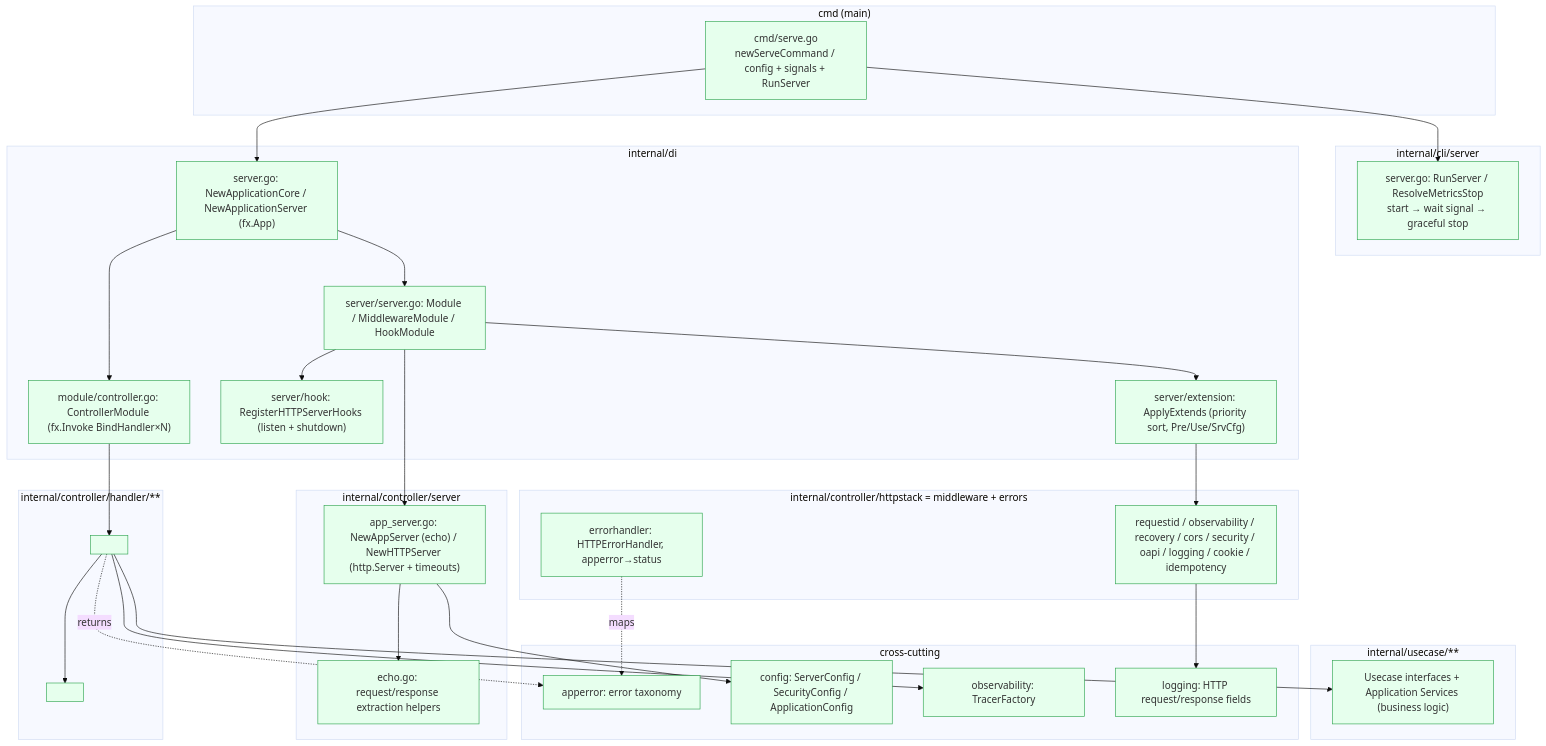
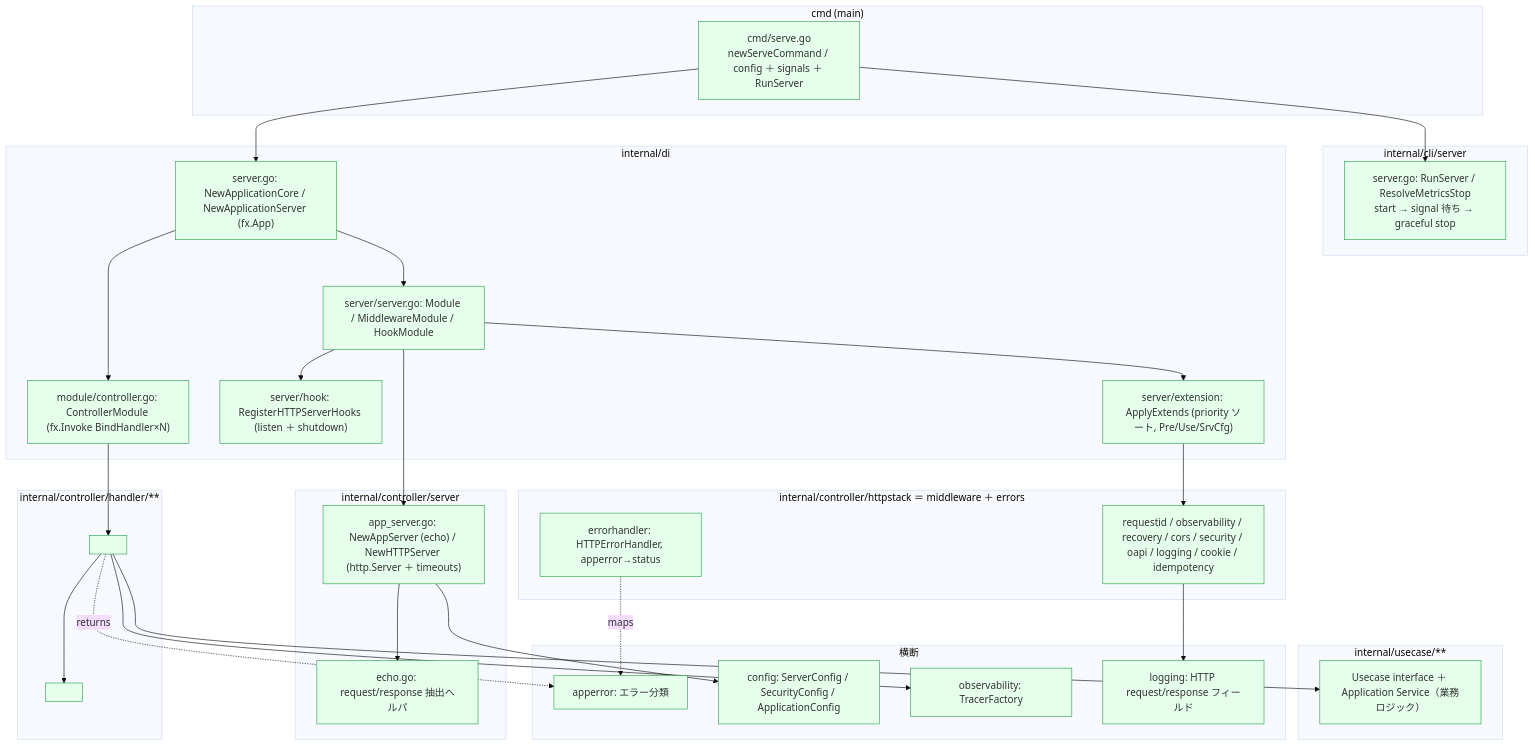
One commit to Tomy-ch/go-boilerplate changed the fourth of 6 diagrams in docs/design/rest.md. Above: the diagram before and after it, drawn with Mermaid (base theme). The commit also changed other lines of this file and 970 other files, not shown here.

````diff
--- a/docs/design/rest.md
+++ b/docs/design/rest.md
@@ -112,58 +112,58 @@
 ```mermaid
 flowchart TD
     subgraph cmdL["cmd (main)"]
-        CMD["cmd/serve.go<br/>newServeCommand / config + signals + RunServer"]
+        CMD["cmd/serve.go<br/>newServeCommand / config ＋ signals ＋ RunServer"]
     end
     subgraph cliL["internal/cli/server"]
-        CLI["server.go: RunServer / ResolveMetricsStop<br/>start → wait signal → graceful stop"]
+        CLI["server.go: RunServer / ResolveMetricsStop<br/>start → signal 待ち → graceful stop"]
     end
     subgraph diL["internal/di"]
         DIA["server.go: NewApplicationCore / NewApplicationServer (fx.App)"]
         DISRV["server/server.go: Module / MiddlewareModule / HookModule"]
-        DIEXT["server/extension: ApplyExtends (priority sort, Pre/Use/SrvCfg)"]
-        DIHOOK["server/hook: RegisterHTTPServerHooks (listen + shutdown)"]
+        DIEXT["server/extension: ApplyExtends (priority ソート, Pre/Use/SrvCfg)"]
+        DIHOOK["server/hook: RegisterHTTPServerHooks (listen ＋ shutdown)"]
         DICTRL["module/controller.go: ControllerModule (fx.Invoke BindHandler×N)"]
     end
     subgraph srvL["internal/controller/server"]
-        APPSRV["app_server.go: NewAppServer (echo) / NewHTTPServer (http.Server + timeouts)"]
-        ECHOH["echo.go: request/response extraction helpers"]
+        APPSRV["app_server.go: NewAppServer (echo) / NewHTTPServer (http.Server ＋ timeouts)"]
+        ECHOH["echo.go: request/response 抽出ヘルパ"]
     end
-    subgraph mwL["internal/controller/httpstack  = middleware + errors"]
+    subgraph mwL["internal/controller/httpstack  ＝ middleware ＋ errors"]
         MW["requestid / observability / recovery / cors / security / oapi / logging / cookie / idempotency"]
         EH["errorhandler: HTTPErrorHandler, apperror→status"]
     end
     subgraph hdlL["internal/controller/handler/**"]
-        HDL["<path>/*_handler.go: BindHandler + server{} + one method per operationId"]
-        GEN["<path>/gen: server.gen.go (ServerInterface, RegisterHandlers, NewStrictHandler) + type.gen.go"]
+        HDL["<path>/*_handler.go: BindHandler ＋ server{} ＋ operationId ごと 1 メソッド"]
+        GEN["<path>/gen: server.gen.go (ServerInterface, RegisterHandlers, NewStrictHandler) ＋ type.gen.go"]
     end
     subgraph ucL["internal/usecase/**"]
-        UC["Usecase interfaces + Application Services (business logic)"]
+        UC["Usecase interface ＋ Application Service（業務ロジック）"]
     end
-    subgraph crossL["cross-cutting"]
-        APPERR["apperror: error taxonomy"]
+    subgraph crossL["横断"]
+        APPERR["apperror: エラー分類"]
         CFG["config: ServerConfig / SecurityConfig / ApplicationConfig"]
         OTEL["observability: TracerFactory"]
-        LOG["logging: HTTP request/response fields"]
+        LOG["logging: HTTP request/response フィールド"]
     end
 
     CMD --> CLI
     CMD --> DIA
     DIA --> DISRV
     DISRV --> DIEXT
     DISRV --> DIHOOK
     DISRV --> APPSRV
     DIA --> DICTRL
     DICTRL --> HDL
     HDL --> GEN
     HDL --> UC
     DIEXT --> MW
     APPSRV --> ECHOH
     EH -.maps.-> APPERR
     HDL -.returns.-> APPERR
     APPSRV --> CFG
     HDL --> OTEL
     MW --> LOG
 
     classDef done fill:#e6ffed,stroke:#2da44e;
     class CMD,CLI,DIA,DISRV,DIEXT,DIHOOK,DICTRL,APPSRV,ECHOH,MW,EH,HDL,GEN,UC,APPERR,CFG,OTEL,LOG done;
 ```
````
